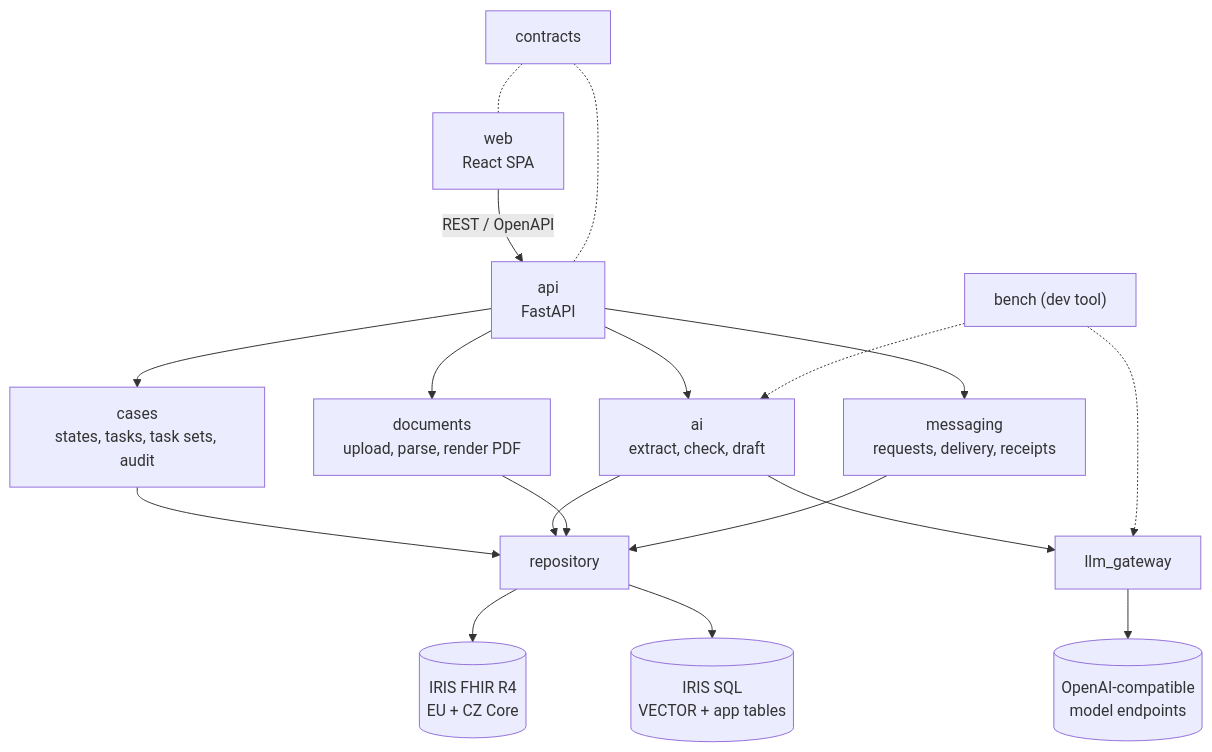
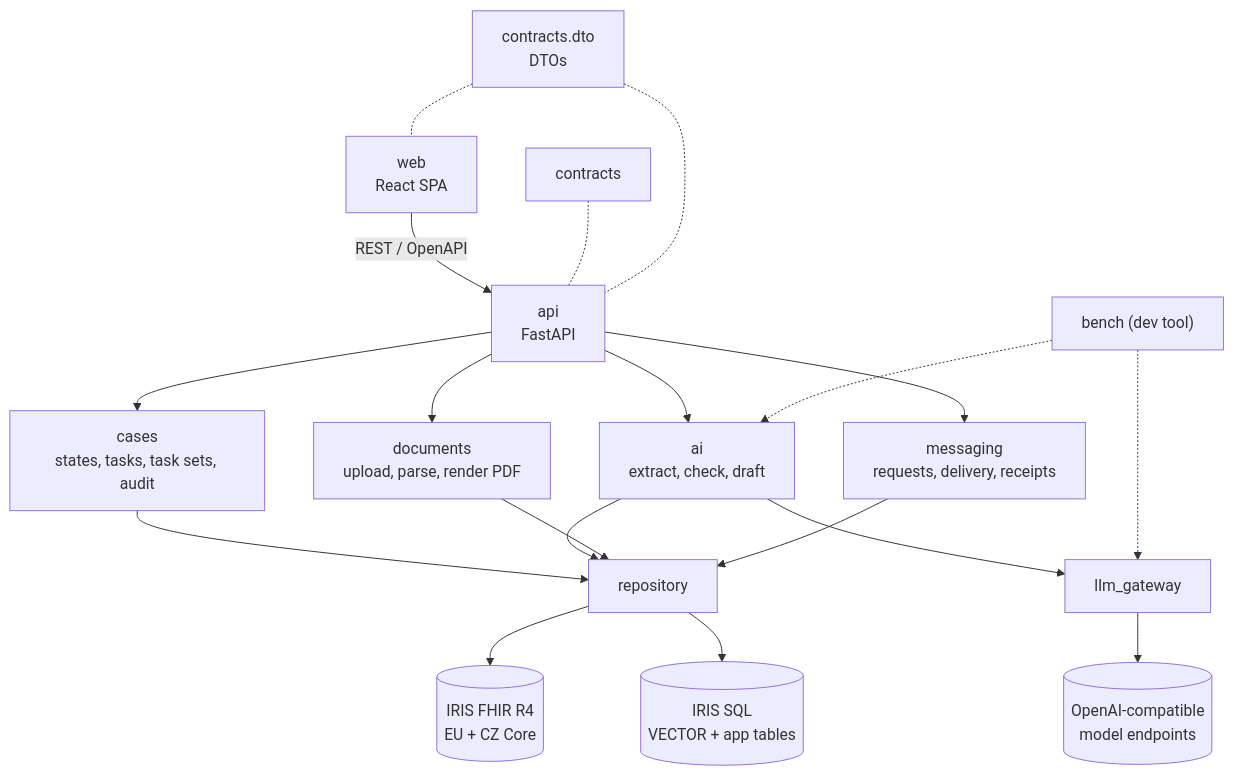
Before and after one commit to darkmackov/AI-Rackathon2026-Nessio: the first of 4 diagrams in docs/architecture.md, drawn with Mermaid. The commit also changed other lines of this file and 78 other files, not shown here.

````diff
--- a/docs/architecture.md
+++ b/docs/architecture.md
@@ -21,20 +21,21 @@
 ```mermaid
 flowchart TD
   web["web<br/>React SPA"] -->|REST / OpenAPI| api["api<br/>FastAPI"]
   api --> cases["cases<br/>states, tasks, task sets, audit"]
   api --> ai["ai<br/>extract, check, draft"]
   api --> documents["documents<br/>upload, parse, render PDF"]
   api --> messaging["messaging<br/>requests, delivery, receipts"]
   cases --> repo["repository"]
   ai --> repo
   documents --> repo
   messaging --> repo
   ai --> llm["llm_gateway"]
   llm --> models[("OpenAI-compatible<br/>model endpoints")]
   repo --> fhir[("IRIS FHIR R4<br/>EU + CZ Core")]
   repo --> sql[("IRIS SQL<br/>VECTOR + app tables")]
   bench["bench (dev tool)"] -.-> ai
   bench -.-> llm
   contracts["contracts"] -.- api
-  contracts -.- web
+  dto["contracts.dto<br/>DTOs"] -.- api
+  dto -.- web
 ```
````
